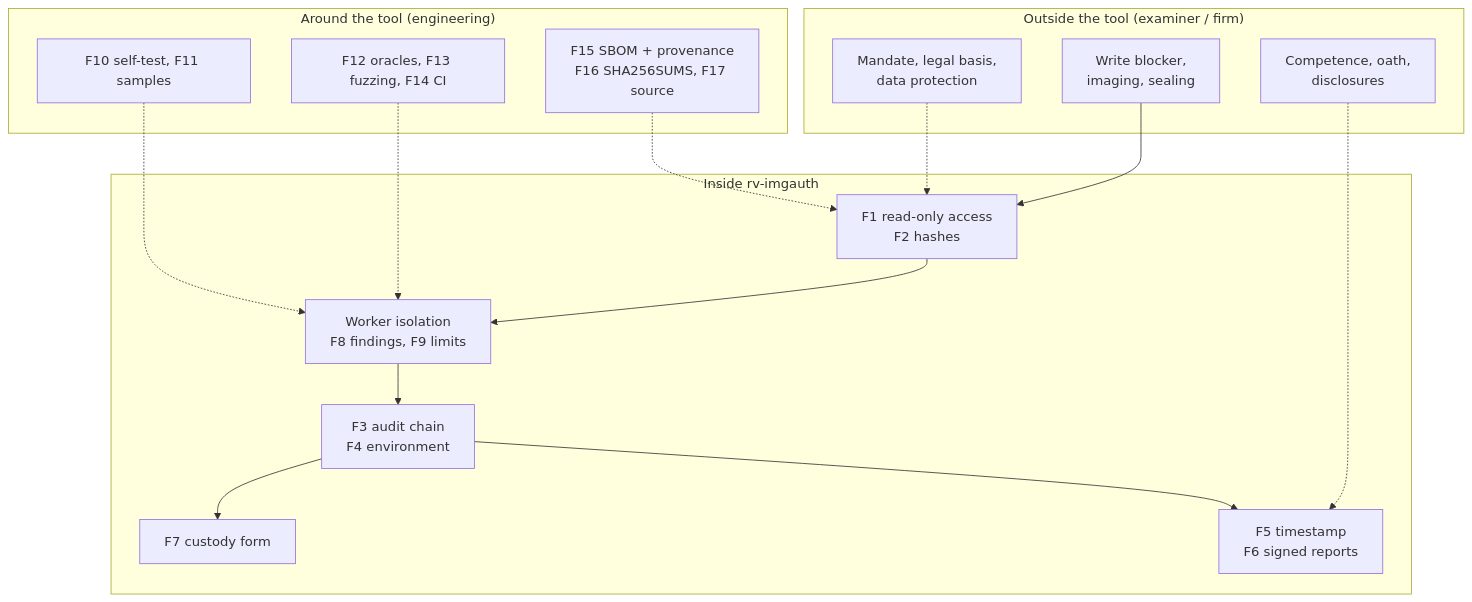
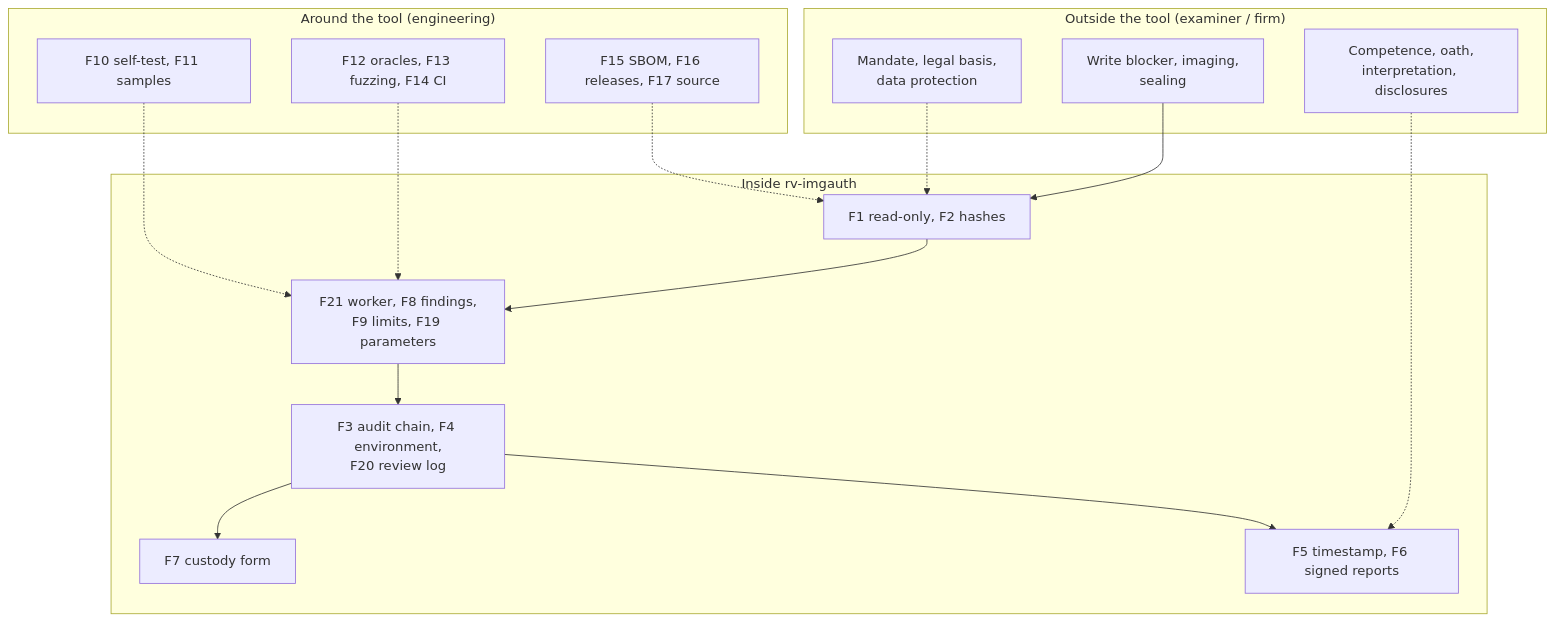
Before and after one commit to Panacota96/rv-imgauth: the second of 2 diagrams in docs/admissibility.md, drawn with Mermaid. The commit also changed other lines of this file and 17 other files, not shown here.

````diff
--- a/docs/admissibility.md
+++ b/docs/admissibility.md
@@ -96,27 +91,27 @@
 ```mermaid
 flowchart TB
     subgraph Outside["Outside the tool (examiner / firm)"]
         X1["Mandate, legal basis,<br/>data protection"]
-        X2["Write blocker,<br/>imaging, sealing"]
-        X3["Competence, oath,<br/>disclosures"]
+        X2["Write blocker, imaging,<br/>sealing"]
+        X3["Competence, oath,<br/>interpretation, disclosures"]
     end
     subgraph Tool["Inside rv-imgauth"]
-        T1["F1 read-only access<br/>F2 hashes"]
-        T2["Worker isolation<br/>F8 findings, F9 limits"]
-        T3["F3 audit chain<br/>F4 environment"]
-        T4["F5 timestamp<br/>F6 signed reports"]
+        T1["F1 read-only, F2 hashes"]
+        T2["F21 worker, F8 findings,<br/>F9 limits, F19 parameters"]
+        T3["F3 audit chain, F4 environment,<br/>F20 review log"]
+        T4["F5 timestamp, F6 signed reports"]
         T5["F7 custody form"]
     end
     subgraph Release["Around the tool (engineering)"]
         R1["F10 self-test, F11 samples"]
         R2["F12 oracles, F13 fuzzing, F14 CI"]
-        R3["F15 SBOM + provenance<br/>F16 SHA256SUMS, F17 source"]
+        R3["F15 SBOM, F16 releases, F17 source"]
     end
     X2 --> T1 --> T2 --> T3 --> T4
     T3 --> T5
     R1 -.-> T2
     R2 -.-> T2
     R3 -.-> T1
     X1 -.-> T1
     X3 -.-> T4
 ```
````
